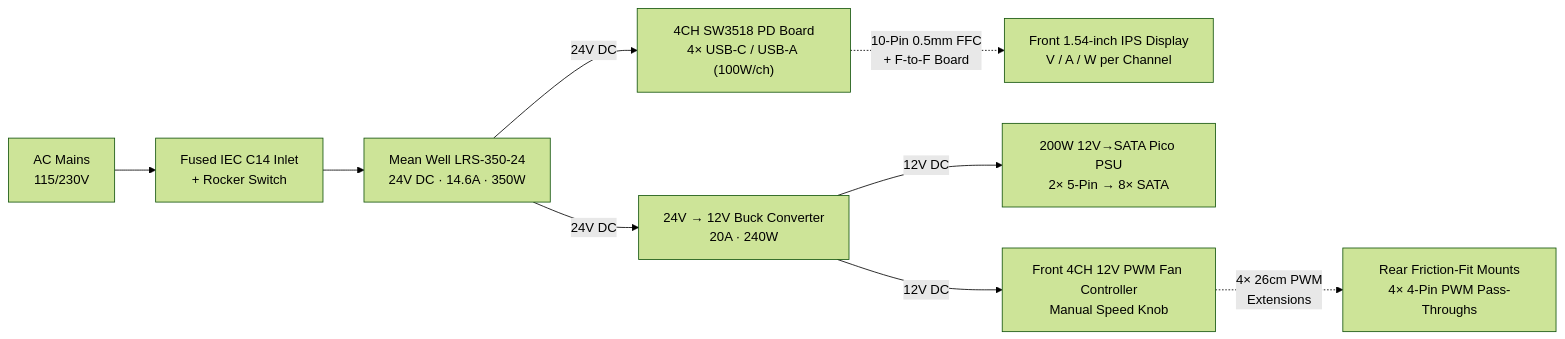
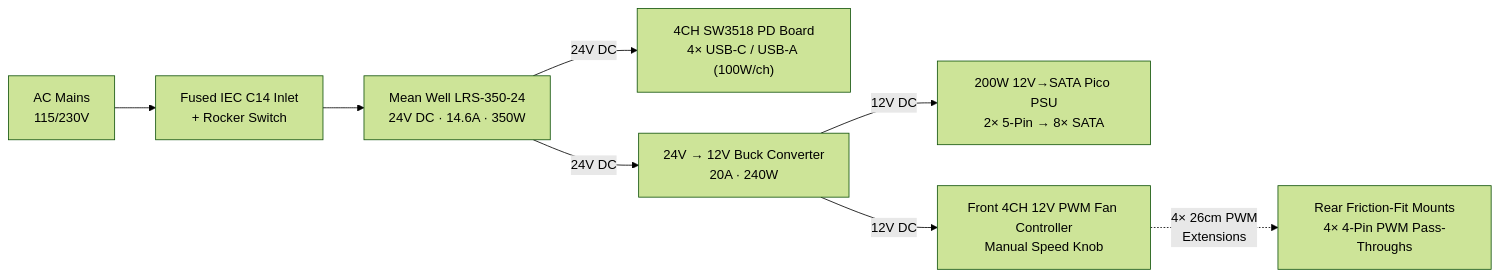
The diagram in README.md (ZiadAbdelati/10in-rack-psu), drawn with Mermaid (forest theme) before and after one commit. The commit also changed other lines of this file and 2 other files, not shown here.

Commit message:
Clarify LRS-350 fan-delete vs Noctua swap, add M3 heat-set inserts, add rack-mounted photo, drop rear-panel shot and display from power diagram

````diff
--- a/README.md
+++ b/README.md
@@ -32,13 +32,12 @@
 ```mermaid
 flowchart LR
     AC["AC Mains<br/>115/230V"] --> C14["Fused IEC C14 Inlet<br/>+ Rocker Switch"]
     C14 --> MW["Mean Well LRS-350-24<br/>24V DC · 14.6A · 350W"]
 
     MW -- "24V DC" --> SW["4CH SW3518 PD Board<br/>4× USB-C / USB-A (100W/ch)"]
-    SW -. "10-Pin 0.5mm FFC<br/>+ F-to-F Board" .-> LCD["Front 1.54-inch IPS Display<br/>V / A / W per Channel"]
 
     MW -- "24V DC" --> BUCK["24V → 12V Buck Converter<br/>20A · 240W"]
     BUCK -- "12V DC" --> PICO["200W 12V→SATA Pico PSU<br/>2× 5-Pin → 8× SATA"]
     BUCK -- "12V DC" --> FAN["Front 4CH 12V PWM Fan Controller<br/>Manual Speed Knob"]
     FAN -. "4× 26cm PWM<br/>Extensions" .-> FANOUT["Rear Friction-Fit Mounts<br/>4× 4-Pin PWM Pass-Throughs"]
 ```
````
